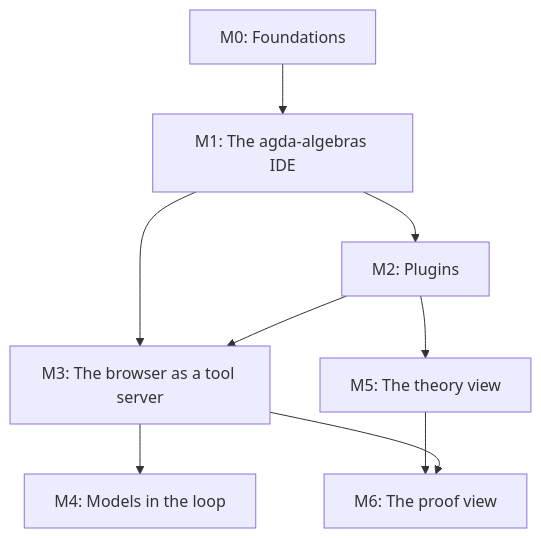
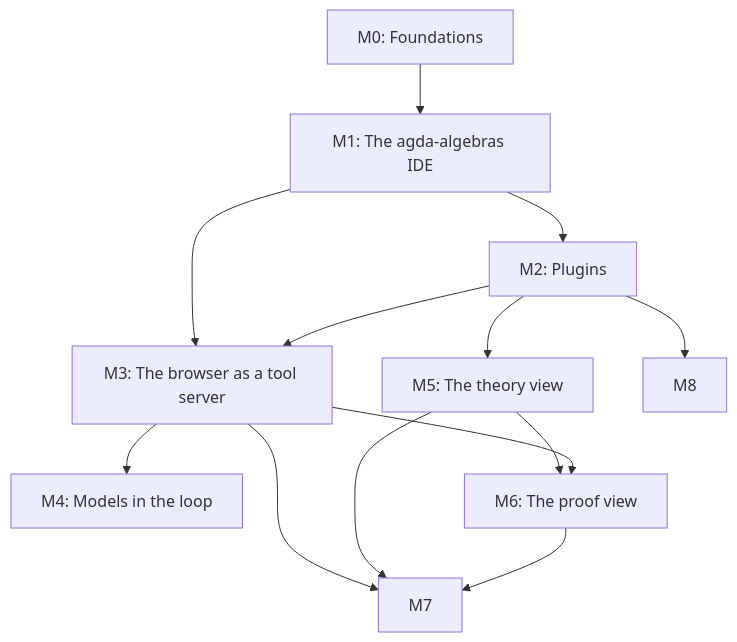
One commit to formalverification/agda-native-ide changed the diagram in docs/GITHUB_PROJECT.md. Above: the diagram before and after it, drawn with Mermaid. The commit also changed other lines of this file and 1 other file, not shown here.

````diff
--- a/docs/GITHUB_PROJECT.md
+++ b/docs/GITHUB_PROJECT.md
@@ -252,18 +367,22 @@
 ```mermaid
 graph TD
   M0["M0: Foundations"]
   M1["M1: The agda-algebras IDE"]
   M2["M2: Plugins"]
   M3["M3: The browser as a tool server"]
   M4["M4: Models in the loop"]
   M5["M5: The theory view"]
   M6["M6: The proof view"]
   M0 --> M1
   M1 --> M2
   M1 --> M3
   M2 --> M3
   M3 --> M4
   M2 --> M5
   M5 --> M6
   M3 --> M6
+  M3 --> M7
+  M5 --> M7
+  M6 --> M7
+  M2 --> M8
 ```
````
